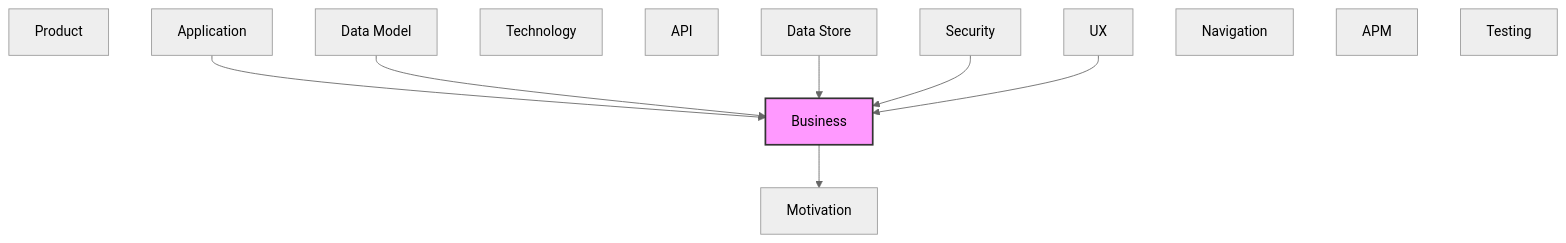
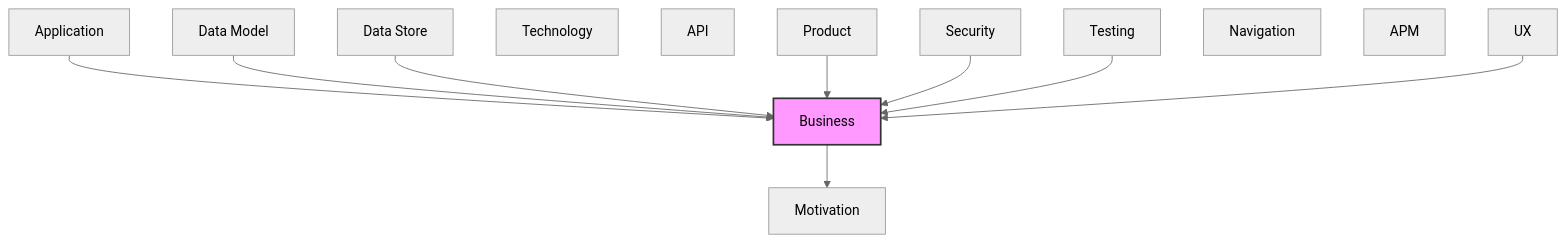
Before and after one commit to tinkermonkey/documentation_robotics_viewer: the second of 2 diagrams in documentation-robotics/reports/02-business-layer-report.md, drawn with Mermaid (neutral theme). The commit also changed other lines of this file and 68 other files, not shown here.

````diff
--- a/documentation-robotics/reports/02-business-layer-report.md
+++ b/documentation-robotics/reports/02-business-layer-report.md
@@ -70,24 +70,26 @@
 ```mermaid
 flowchart TB
   classDef current fill:#f9f,stroke:#333,stroke-width:2px
   motivation["Motivation"]
   business["Business"]
   product["Product"]
   security["Security"]
   application["Application"]
   technology["Technology"]
   api["API"]
   data_model["Data Model"]
   data_store["Data Store"]
   ux["UX"]
   navigation["Navigation"]
   apm["APM"]
   testing["Testing"]
   application --> business
   business --> motivation
   data_model --> business
   data_store --> business
+  product --> business
   security --> business
+  testing --> business
   ux --> business
   class business current
 ```
````
